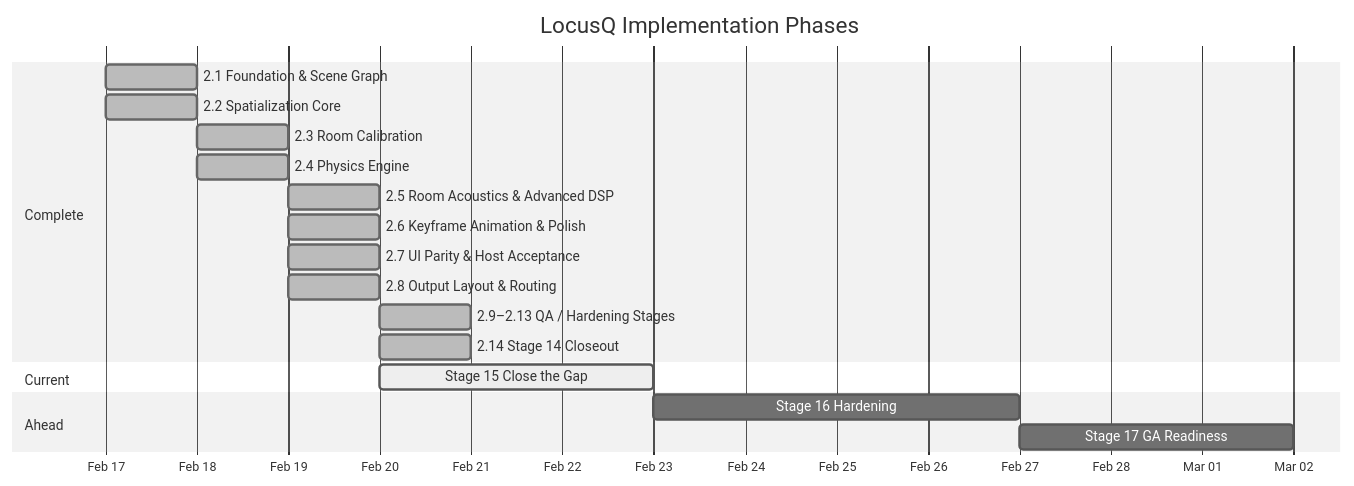
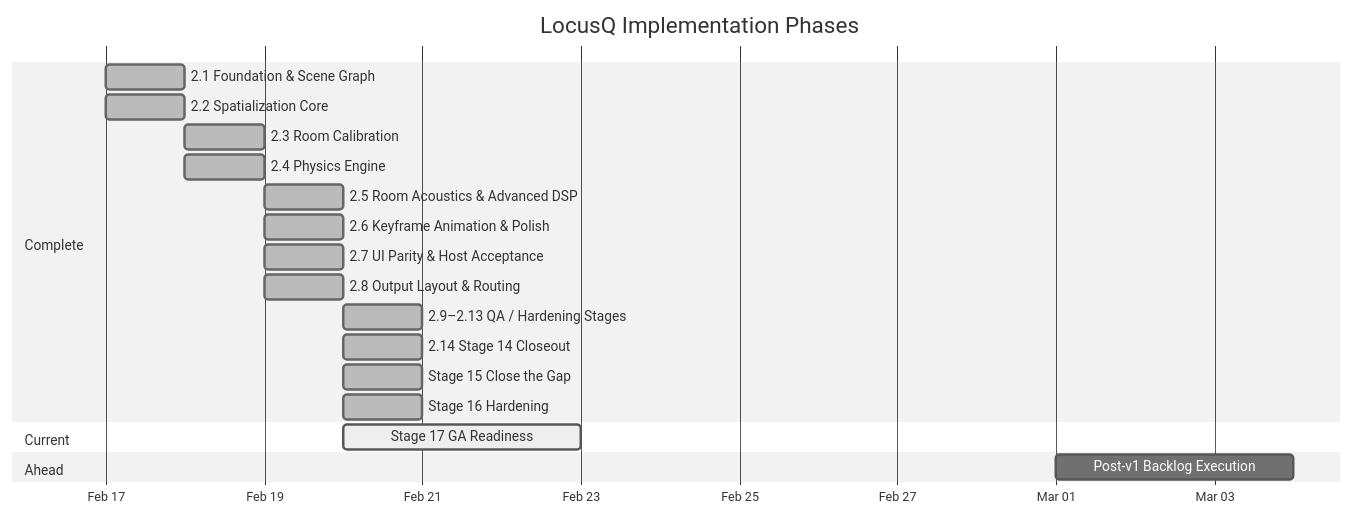
The fourth of 5 diagrams in Documentation/full-project-review-2026-02-20.md (joshband/LocusQ), drawn with Mermaid (neutral theme) before and after one commit. The commit also changed other lines of this file, not shown here.

Commit message:
docs(stage17): resolve docs freshness gate violations

````diff
--- a/Documentation/full-project-review-2026-02-20.md
+++ b/Documentation/full-project-review-2026-02-20.md
@@ -381,25 +381,26 @@
 ```mermaid
 gantt
     title LocusQ Implementation Phases
     dateFormat YYYY-MM-DD
     axisFormat %b %d
 
     section Complete
     2.1 Foundation & Scene Graph       :done, 2026-02-17, 1d
     2.2 Spatialization Core            :done, 2026-02-17, 1d
     2.3 Room Calibration               :done, 2026-02-18, 1d
     2.4 Physics Engine                 :done, 2026-02-18, 1d
     2.5 Room Acoustics & Advanced DSP  :done, 2026-02-19, 1d
     2.6 Keyframe Animation & Polish    :done, 2026-02-19, 1d
     2.7 UI Parity & Host Acceptance    :done, 2026-02-19, 1d
     2.8 Output Layout & Routing        :done, 2026-02-19, 1d
     2.9–2.13 QA / Hardening Stages     :done, 2026-02-20, 1d
     2.14 Stage 14 Closeout             :done, 2026-02-20, 1d
+    Stage 15 Close the Gap             :done, 2026-02-20, 1d
+    Stage 16 Hardening                 :done, 2026-02-20, 1d
 
     section Current
-    Stage 15 Close the Gap             :active, 2026-02-20, 3d
+    Stage 17 GA Readiness              :active, 2026-02-20, 3d
 
     section Ahead
-    Stage 16 Hardening                 :2026-02-23, 4d
-    Stage 17 GA Readiness              :2026-02-27, 3d
+    Post-v1 Backlog Execution          :2026-03-01, 3d
 ```
````
